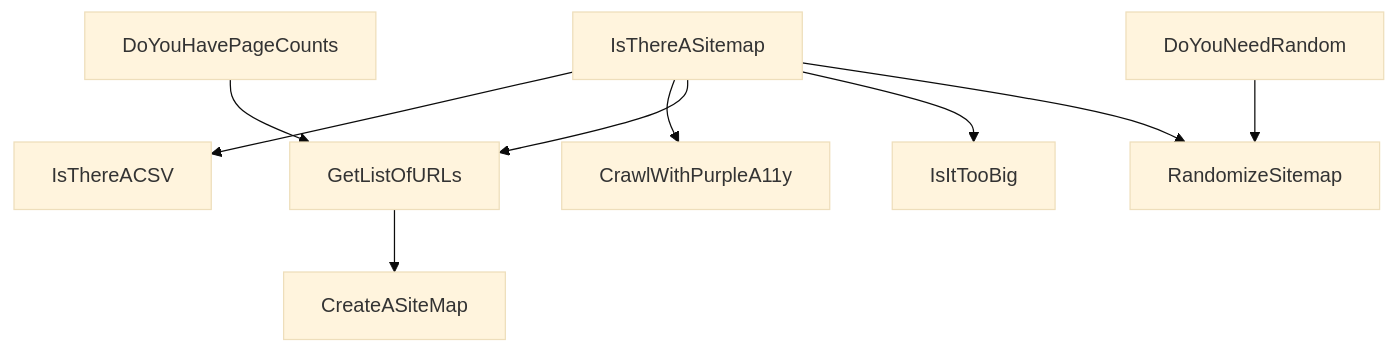
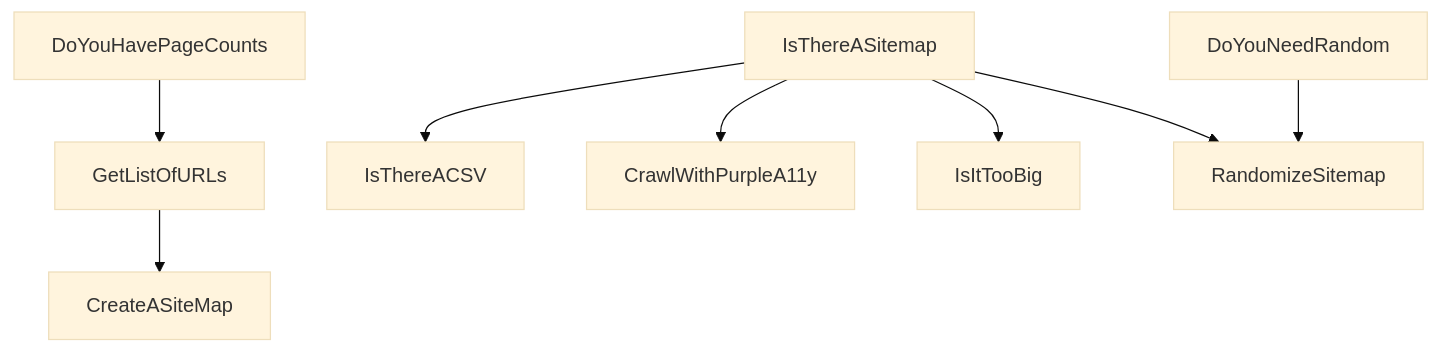
Before and after one commit to mgifford/purple-a11y: the diagram in sitemap-tools/decision-tree.md, drawn with Mermaid (base theme).

````diff
--- a/sitemap-tools/decision-tree.md
+++ b/sitemap-tools/decision-tree.md
@@ -3,11 +3,10 @@
 ```mermaid
 graph TD;
     IsThereASitemap-->IsThereACSV;
     DoYouHavePageCounts-->GetListOfURLs;
     GetListOfURLs-->CreateASiteMap;
     IsThereASitemap-->CrawlWithPurpleA11y;
-    IsThereASitemap-->GetListOfURLs;
     DoYouNeedRandom-->RandomizeSitemap;
     IsThereASitemap-->IsItTooBig;
     IsThereASitemap-->RandomizeSitemap;
 ```
````
